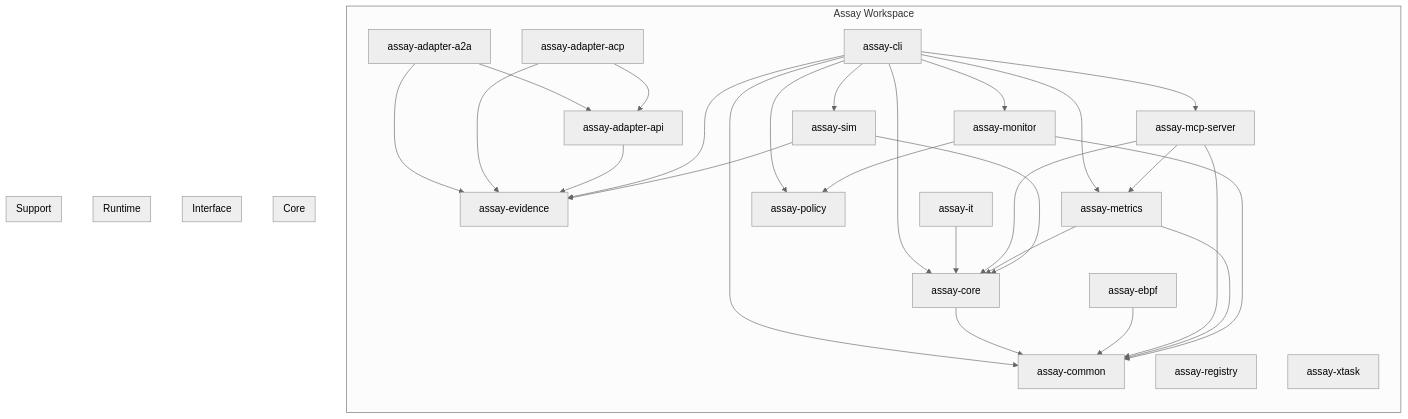
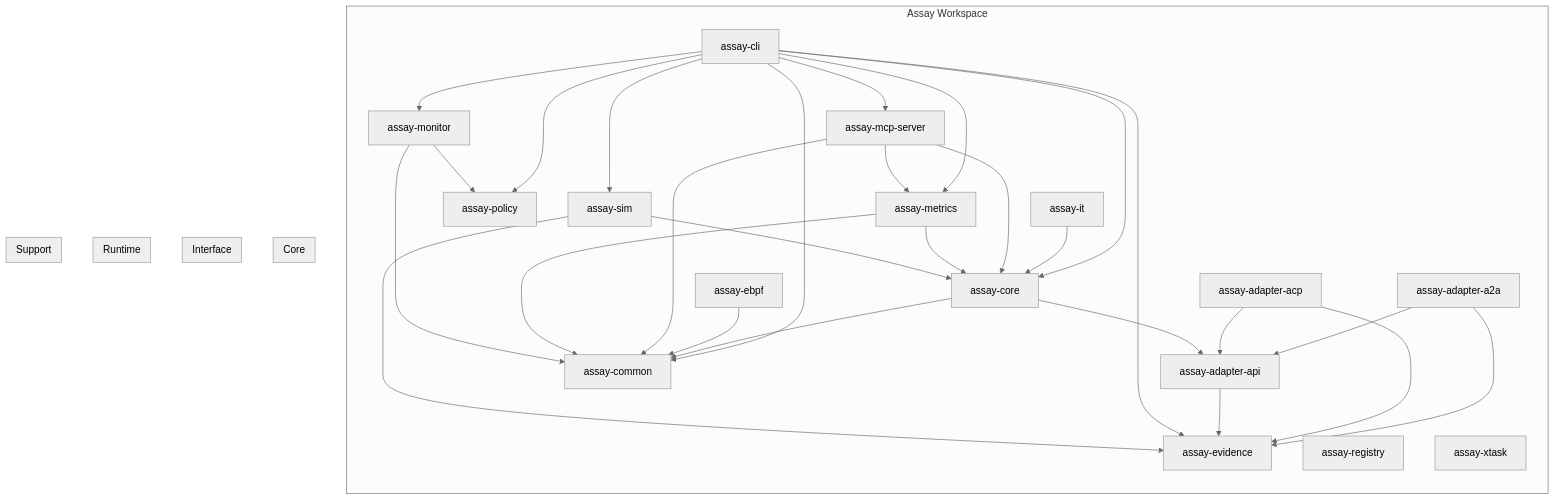
One commit to Rul1an/assay changed the diagram in docs/generated/crate-deps.mermaid. Above: the diagram before and after it, drawn with Mermaid (neutral theme). The commit also changed 2 other files, not shown here.

Commit message:
docs: auto-update diagrams and crate info

```diff
--- a/docs/generated/crate-deps.mermaid
+++ b/docs/generated/crate-deps.mermaid
@@ -1,71 +1,72 @@
 flowchart TB
     subgraph workspace["Assay Workspace"]
         direction TB
         assay_adapter_a2a["assay-adapter-a2a"]
         assay_adapter_acp["assay-adapter-acp"]
         assay_adapter_api["assay-adapter-api"]
         assay_cli["assay-cli"]
         assay_common["assay-common"]
         assay_core["assay-core"]
         assay_ebpf["assay-ebpf"]
         assay_evidence["assay-evidence"]
         assay_it["assay-it"]
         assay_mcp_server["assay-mcp-server"]
         assay_metrics["assay-metrics"]
         assay_monitor["assay-monitor"]
         assay_policy["assay-policy"]
         assay_registry["assay-registry"]
         assay_sim["assay-sim"]
         assay_xtask["assay-xtask"]
     end
 
     assay_adapter_a2a --> assay_adapter_api
     assay_adapter_a2a --> assay_evidence
     assay_adapter_acp --> assay_adapter_api
     assay_adapter_acp --> assay_evidence
     assay_adapter_api --> assay_evidence
     assay_cli --> assay_common
     assay_cli --> assay_core
     assay_cli --> assay_evidence
     assay_cli --> assay_mcp_server
     assay_cli --> assay_metrics
     assay_cli --> assay_monitor
     assay_cli --> assay_policy
     assay_cli --> assay_sim
+    assay_core --> assay_adapter_api
     assay_core --> assay_common
     assay_ebpf --> assay_common
     assay_it --> assay_core
     assay_mcp_server --> assay_common
     assay_mcp_server --> assay_core
     assay_mcp_server --> assay_metrics
     assay_metrics --> assay_common
     assay_metrics --> assay_core
     assay_monitor --> assay_common
     assay_monitor --> assay_policy
     assay_sim --> assay_core
     assay_sim --> assay_evidence
 
     %% Logical groupings for readability
     subgraph core["Core"]
         assay_core
         assay_metrics
         assay_policy
         assay_evidence
         assay_common
     end
 
     subgraph interface["Interface"]
         assay_cli
         assay_mcp_server
     end
 
     subgraph runtime["Runtime"]
         assay_monitor
         assay_ebpf
     end
 
     subgraph support["Support"]
         assay_sim
         assay_xtask
         assay_registry
     end
```
